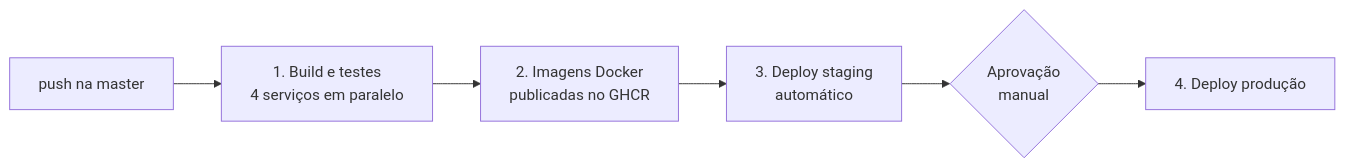
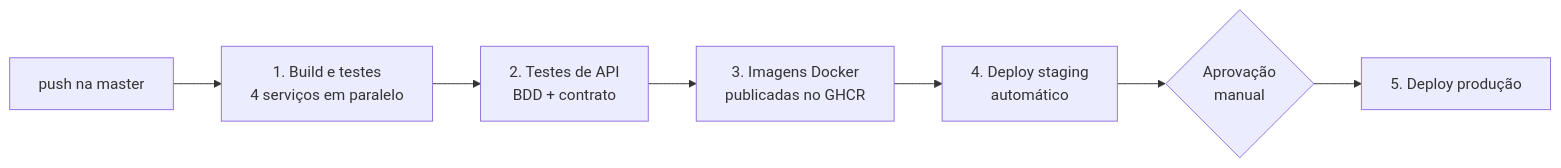
Before and after one commit to HerickReis/OceanCleaner: the second of 2 diagrams in README.md, drawn with Mermaid. The commit also changed other lines of this file and 34 other files, not shown here.

First line of the commit message:
Adiciona testes de API BDD com validação de contrato

````diff
--- a/README.md
+++ b/README.md
@@ -178,8 +180,9 @@
 ```mermaid
 flowchart LR
     P[push na master] --> B[1. Build e testes<br/>4 serviços em paralelo]
-    B --> D[2. Imagens Docker<br/>publicadas no GHCR]
-    D --> S[3. Deploy staging<br/>automático]
+    B --> T[2. Testes de API<br/>BDD + contrato]
+    T --> D[3. Imagens Docker<br/>publicadas no GHCR]
+    D --> S[4. Deploy staging<br/>automático]
     S --> A{Aprovação<br/>manual}
-    A --> PR[4. Deploy produção]
+    A --> PR[5. Deploy produção]
 ```
````
